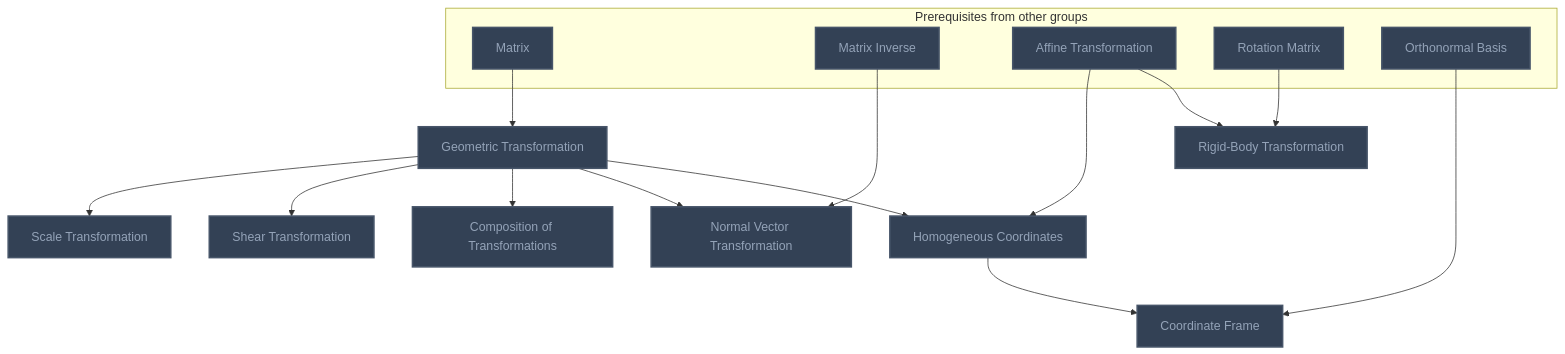
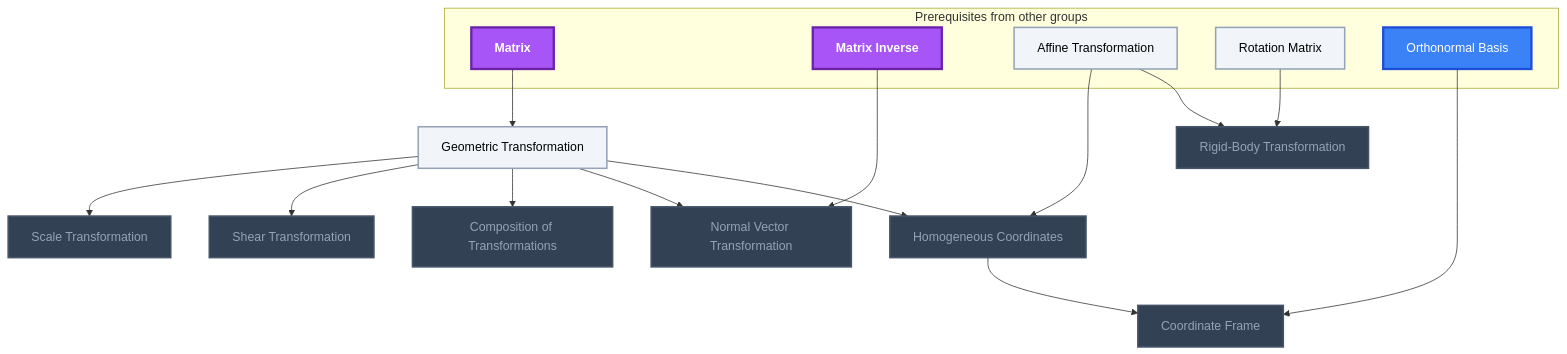
The fourth of 7 diagrams in Gamification/Skill Trees/Computer Graphics.md (MRauf1/My-Notes), drawn with Mermaid before and after one commit. The commit also changed other lines of this file and 57 other files, not shown here.

````diff
--- a/Gamification/Skill Trees/Computer Graphics.md
+++ b/Gamification/Skill Trees/Computer Graphics.md
@@ -203,41 +205,44 @@
 ```mermaid
 flowchart TD
     classDef planned fill:#1E293B,stroke:#64748B,stroke-width:2px,stroke-dasharray:5 5,color:#94A3B8;
     classDef locked fill:#334155,stroke:#475569,stroke-width:2px,color:#94A3B8;
     classDef L0 fill:#F1F5F9,stroke:#94A3B8,stroke-width:2px,color:#000000;
     classDef L1 fill:#22C55E,stroke:#15803D,stroke-width:2px,color:#000000;
     classDef L2 fill:#3B82F6,stroke:#1D4ED8,stroke-width:3px,color:#FFFFFF;
     classDef L3 fill:#A855F7,stroke:#6B21A8,stroke-width:3px,color:#FFFFFF,font-weight:bold;
     classDef L4 fill:#F97316,stroke:#C2410C,stroke-width:4px,color:#000000,font-weight:bold;
     classDef L5 fill:#FFD700,stroke:#FF8C00,stroke-width:5px,color:#000000,font-weight:bold;
     classDef rusty stroke:#8B4513,stroke-width:4px,stroke-dasharray:3 3;
     subgraph sg_prereqs["Prerequisites from other groups"]
         n_matrix["Matrix"]
         n_matrix_inverse["Matrix Inverse"]
         n_affine_transformation["Affine Transformation"]
         n_rotation_matrix["Rotation Matrix"]
         n_orthonormal_basis["Orthonormal Basis"]
     end
     n_geometric_transformation["Geometric Transformation"]
     n_scale_transformation["Scale Transformation"]
     n_shear_transformation["Shear Transformation"]
     n_composition_of_transformations["Composition of Transformations"]
     n_normal_vector_transformation["Normal Vector Transformation"]
     n_homogeneous_coordinates["Homogeneous Coordinates"]
     n_rigid_body_transformation["Rigid-Body Transformation"]
     n_coordinate_frame["Coordinate Frame"]
     n_matrix --> n_geometric_transformation
     n_geometric_transformation --> n_scale_transformation
     n_geometric_transformation --> n_shear_transformation
     n_geometric_transformation --> n_composition_of_transformations
     n_matrix_inverse --> n_normal_vector_transformation
     n_geometric_transformation --> n_normal_vector_transformation
     n_affine_transformation --> n_homogeneous_coordinates
     n_geometric_transformation --> n_homogeneous_coordinates
     n_affine_transformation --> n_rigid_body_transformation
     n_rotation_matrix --> n_rigid_body_transformation
     n_orthonormal_basis --> n_coordinate_frame
     n_homogeneous_coordinates --> n_coordinate_frame
-    class n_matrix,n_matrix_inverse,n_affine_transformation,n_rotation_matrix,n_orthonormal_basis,n_geometric_transformation,n_scale_transformation,n_shear_transformation,n_composition_of_transformations,n_normal_vector_transformation,n_homogeneous_coordinates,n_rigid_body_transformation,n_coordinate_frame locked;
+    class n_scale_transformation,n_shear_transformation,n_composition_of_transformations,n_normal_vector_transformation,n_homogeneous_coordinates,n_rigid_body_transformation,n_coordinate_frame locked;
+    class n_affine_transformation,n_rotation_matrix,n_geometric_transformation L0;
+    class n_orthonormal_basis L2;
+    class n_matrix,n_matrix_inverse L3;
     class n_matrix,n_matrix_inverse,n_affine_transformation,n_rotation_matrix,n_orthonormal_basis,n_geometric_transformation,n_scale_transformation,n_shear_transformation,n_composition_of_transformations,n_normal_vector_transformation,n_homogeneous_coordinates,n_rigid_body_transformation,n_coordinate_frame internal-link;
 ```
````
